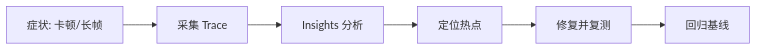
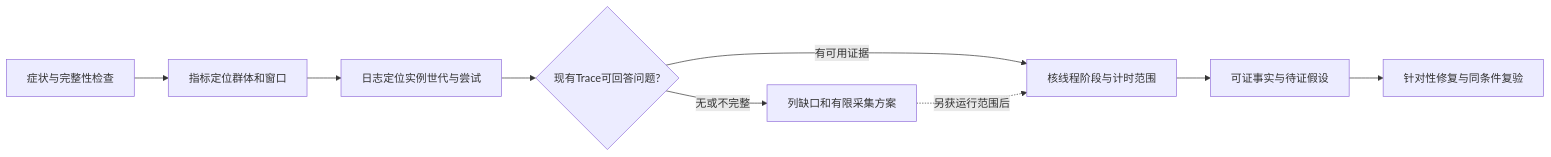
One commit to fantuan812/learning changed the second of 4 diagrams in 知识/08-工程实践与质量/部署运维与可观测性/04-DS日志崩溃与可观测性实战.md. Above: the diagram before and after it, drawn with Mermaid. The commit also changed other lines of this file and 2 other files, not shown here.

````diff
--- a/知识/08-工程实践与质量/部署运维与可观测性/04-DS日志崩溃与可观测性实战.md
+++ b/知识/08-工程实践与质量/部署运维与可观测性/04-DS日志崩溃与可观测性实战.md
@@ -175,8 +152,11 @@
 ```mermaid
 flowchart LR
-    A[症状: 卡顿/长帧] --> B[采集 Trace]
-    B --> C[Insights 分析]
-    C --> D[定位热点]
-    D --> E[修复并复测]
-    E --> F[回归基线]
+    A[症状与完整性检查] --> B[指标定位群体和窗口]
+    B --> C[日志定位实例世代与尝试]
+    C --> D{现有Trace可回答问题?}
+    D -->|有可用证据| E[核线程阶段与计时范围]
+    D -->|无或不完整| P[列缺口和有限采集方案]
+    P -.另获运行范围后.-> E
+    E --> H[可证事实与待证假设]
+    H --> R[针对性修复与同条件复验]
 ```
````
